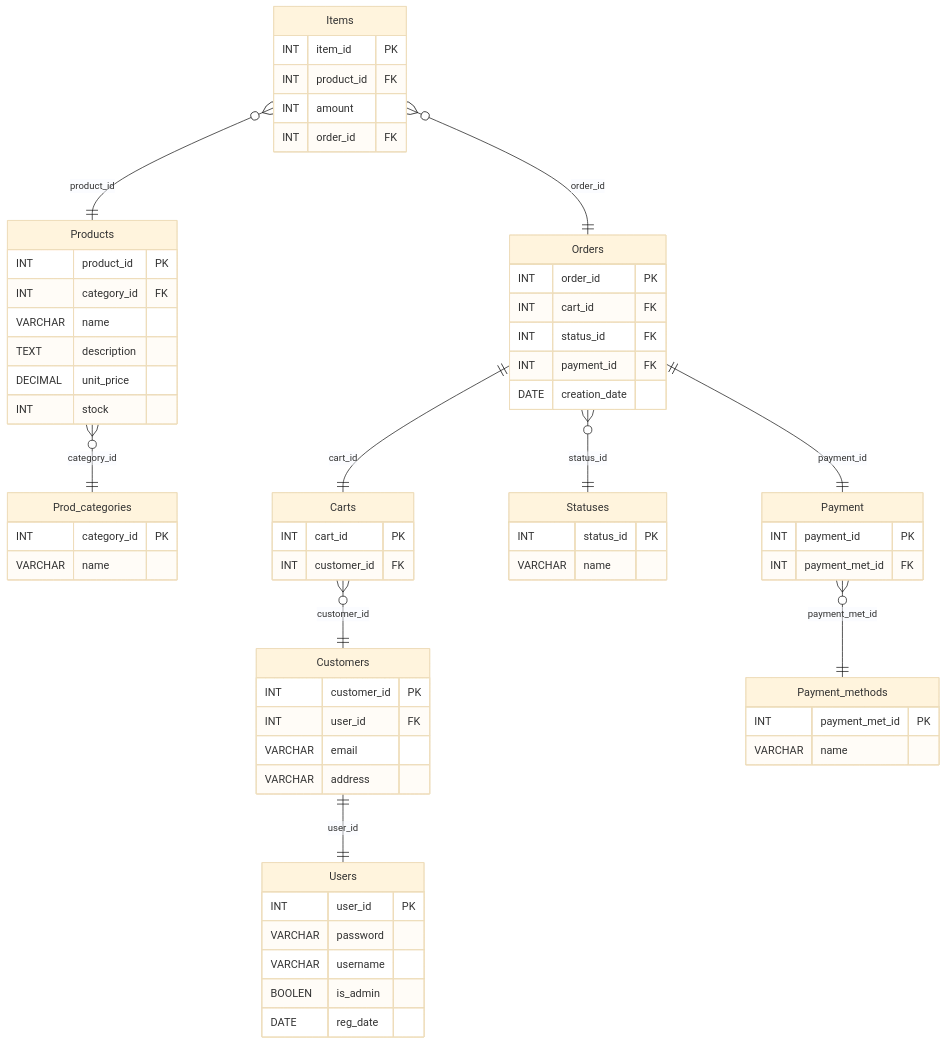
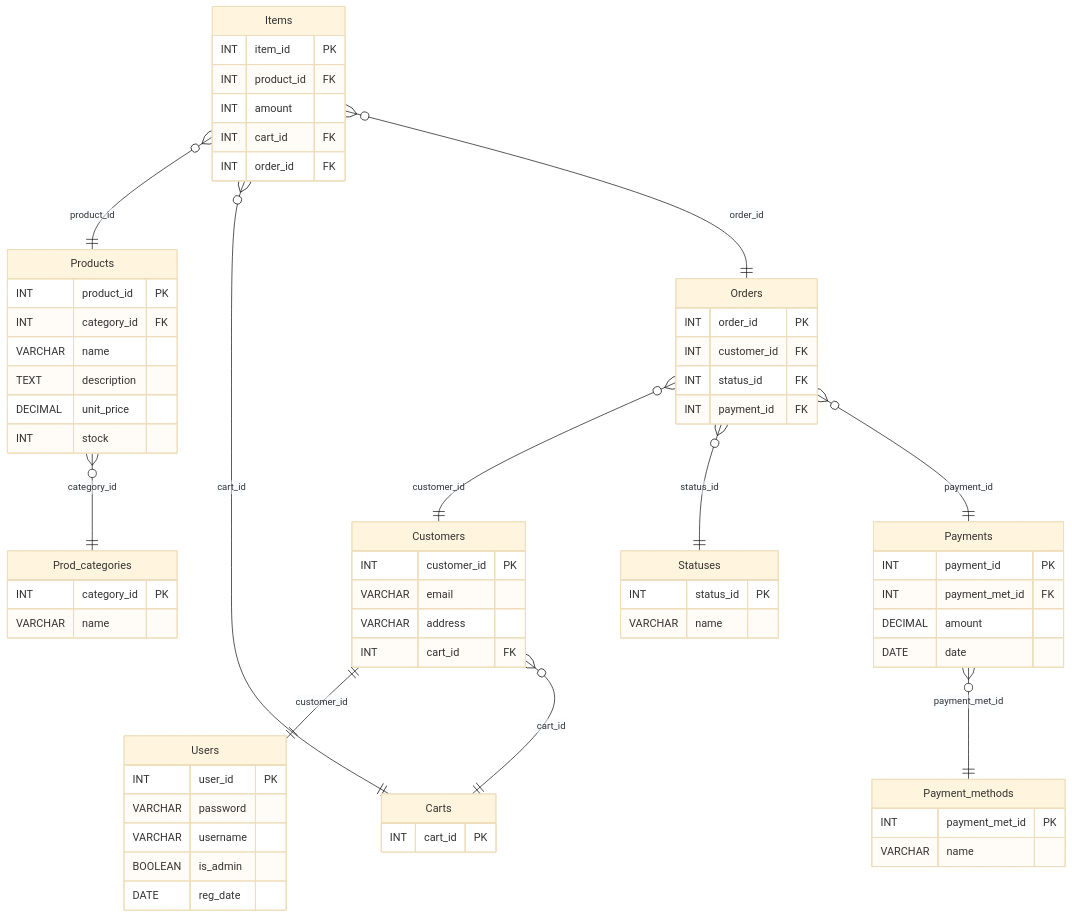
One commit to giulianoh92/TPI-PA-2 changed the diagram in README.md. Above: the diagram before and after it, drawn with Mermaid (base theme).

Commit message:
refactor: Update ProductView to display category ID and name

````diff
--- a/README.md
+++ b/README.md
@@ -34,78 +34,80 @@
 ```mermaid
 erDiagram
 
     Payment_methods {
         INT payment_met_id PK
         VARCHAR name
     }
 
     Statuses {
         INT status_id PK
         VARCHAR name
     }
 
     Prod_categories {
         INT category_id PK
         VARCHAR name
     }
 
     Users {
         INT user_id PK
         VARCHAR password
         VARCHAR username
-        BOOLEN is_admin
+        BOOLEAN is_admin
         DATE reg_date
     }
 
     Customers {
         INT customer_id PK
-        INT user_id FK
         VARCHAR email
         VARCHAR address
+        INT cart_id FK
     }
 
     Carts {
         INT cart_id PK
-        INT customer_id FK
     }
 
-    Payment {
+    Payments {
         INT payment_id PK
         INT payment_met_id FK
+        DECIMAL amount
+        DATE date
     }
 
     Products {
         INT product_id PK
         INT category_id FK
         VARCHAR name
         TEXT description
         DECIMAL unit_price
         INT stock
     }
 
     Orders {
         INT order_id PK
-        INT cart_id FK
+        INT customer_id FK
         INT status_id FK
         INT payment_id FK
-        DATE creation_date
     }
 
     Items {
         INT item_id PK
         INT product_id FK
         INT amount
+        INT cart_id FK
         INT order_id FK
     }
 
-    Customers ||--|| Users : "user_id"
-    Carts }o--|| Customers : "customer_id"
-    Payment }o--|| Payment_methods : "payment_met_id"
-    Orders ||--|| Carts : "cart_id"
+    Customers ||--|| Users : "customer_id"
+    Customers }o--|| Carts : "cart_id"
+    Payments }o--|| Payment_methods : "payment_met_id"
+    Orders }o--|| Customers : "customer_id"
     Orders }o--|| Statuses : "status_id"
-    Orders ||--|| Payment : "payment_id"
+    Orders }o--|| Payments : "payment_id"
     Items }o--|| Products : "product_id"
+    Items }o--|| Carts : "cart_id"
     Items }o--|| Orders : "order_id"
     Products }o--|| Prod_categories : "category_id"
 
 ```
````
